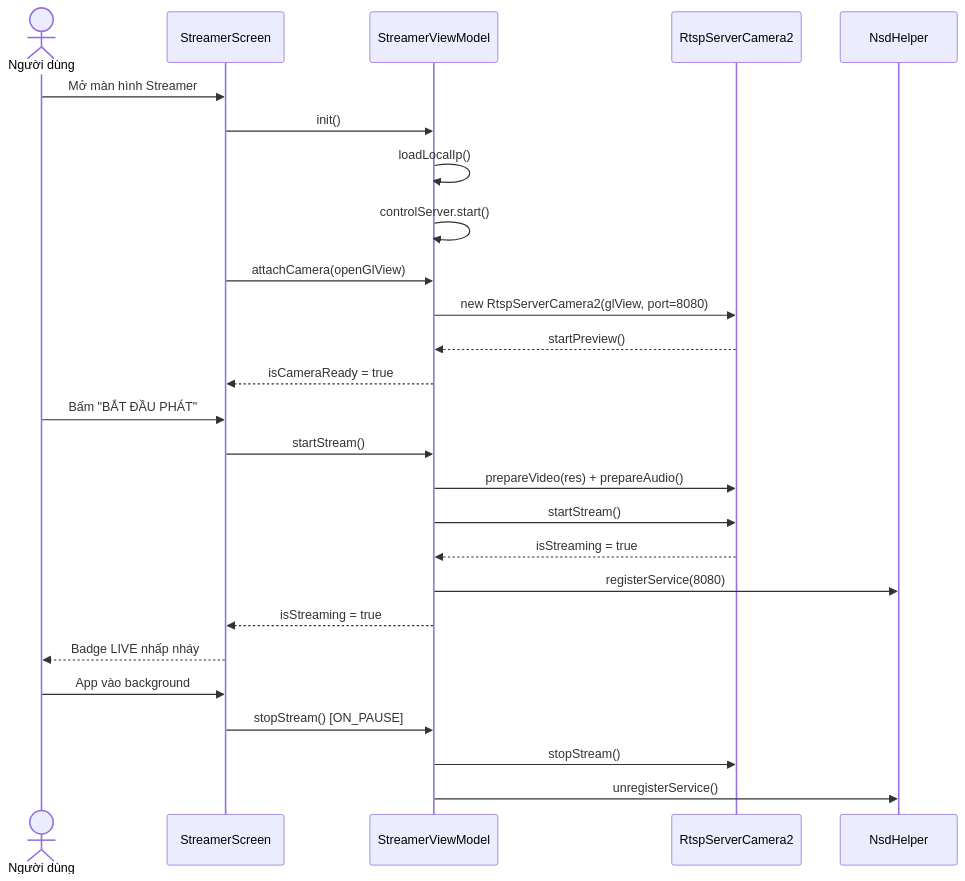
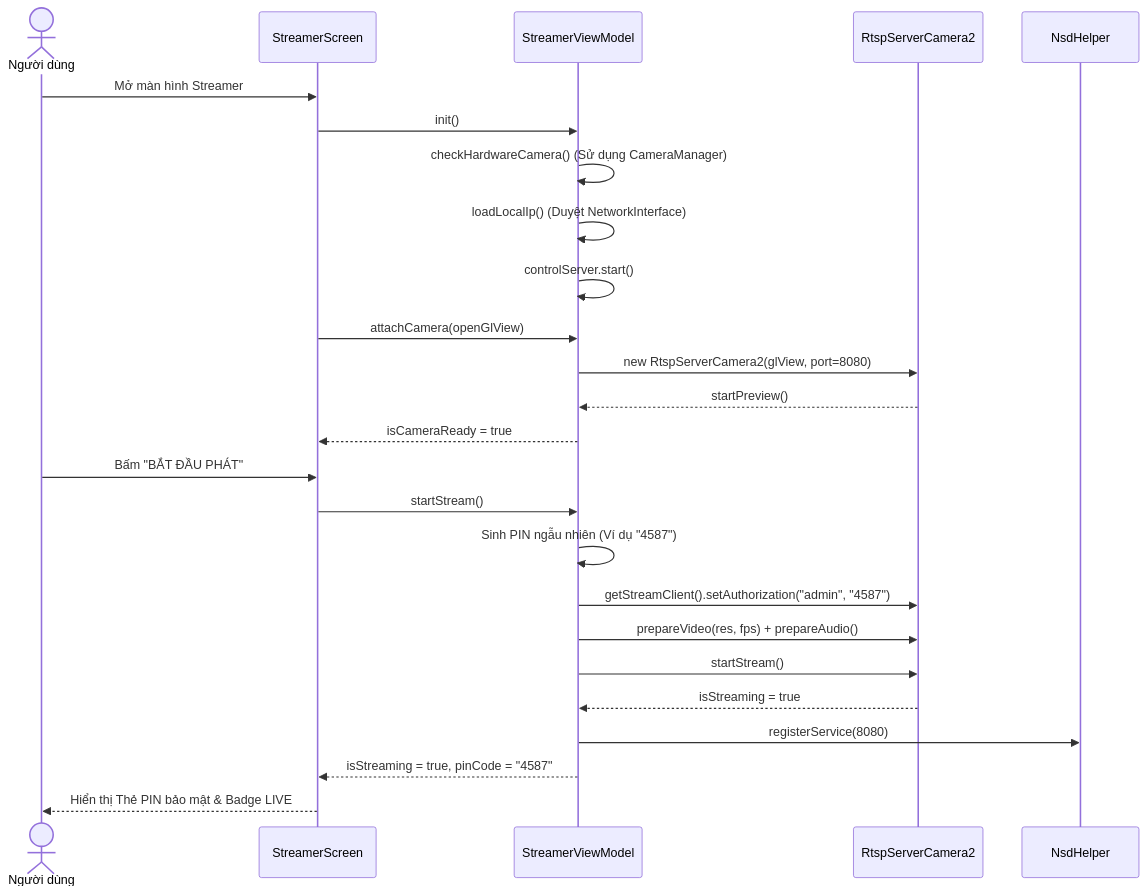
One commit to nvdung1607/PhoneCamera changed the third of 5 diagrams in README.md. Above: the diagram before and after it, drawn with Mermaid. The commit also changed other lines of this file and 16 other files, not shown here.

Commit message:
Refactor security PIN, remote FPS and resolution switches, and UI overlaps

````diff
--- a/README.md
+++ b/README.md
@@ -106,32 +178,30 @@
 ```mermaid
 sequenceDiagram
     actor U as Người dùng
     participant SS as StreamerScreen
     participant SVM as StreamerViewModel
     participant CAM as RtspServerCamera2
     participant NSD as NsdHelper
 
     U->>SS: Mở màn hình Streamer
     SS->>SVM: init()
-    SVM->>SVM: loadLocalIp()
+    SVM->>SVM: checkHardwareCamera() (Sử dụng CameraManager)
+    SVM->>SVM: loadLocalIp() (Duyệt NetworkInterface)
     SVM->>SVM: controlServer.start()
 
     SS->>SVM: attachCamera(openGlView)
     SVM->>CAM: new RtspServerCamera2(glView, port=8080)
     CAM-->>SVM: startPreview()
     SVM-->>SS: isCameraReady = true
 
     U->>SS: Bấm "BẮT ĐẦU PHÁT"
     SS->>SVM: startStream()
-    SVM->>CAM: prepareVideo(res) + prepareAudio()
+    SVM->>SVM: Sinh PIN ngẫu nhiên (Ví dụ "4587")
+    SVM->>CAM: getStreamClient().setAuthorization("admin", "4587")
+    SVM->>CAM: prepareVideo(res, fps) + prepareAudio()
     SVM->>CAM: startStream()
     CAM-->>SVM: isStreaming = true
     SVM->>NSD: registerService(8080)
-    SVM-->>SS: isStreaming = true
-    SS-->>U: Badge LIVE nhấp nháy
-
-    U->>SS: App vào background
-    SS->>SVM: stopStream() [ON_PAUSE]
-    SVM->>CAM: stopStream()
-    SVM->>NSD: unregisterService()
+    SVM-->>SS: isStreaming = true, pinCode = "4587"
+    SS-->>U: Hiển thị Thẻ PIN bảo mật & Badge LIVE
 ```
````
